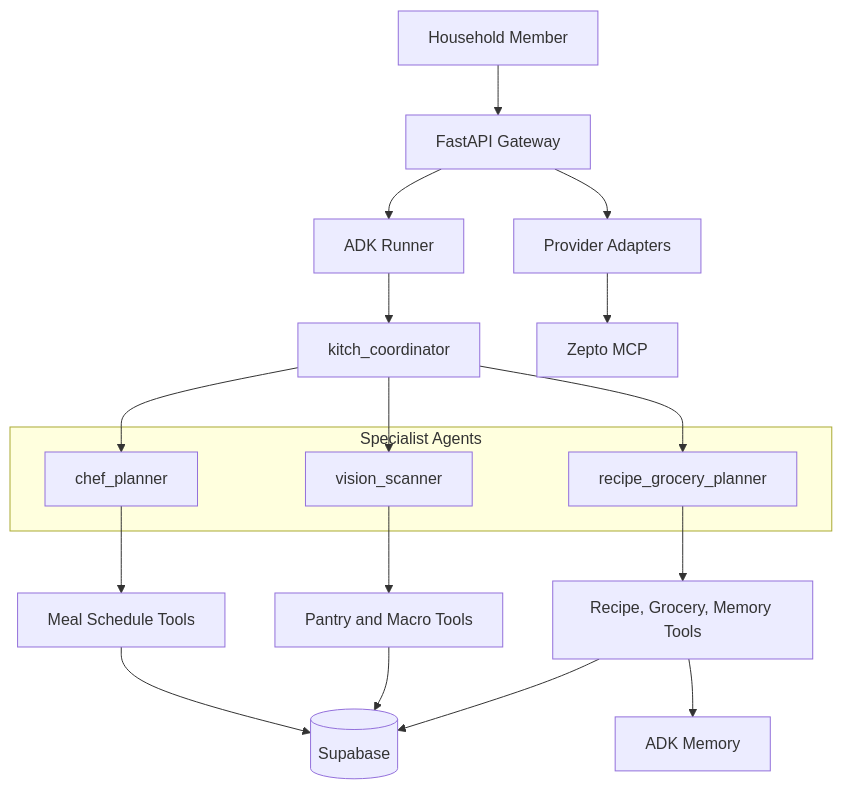
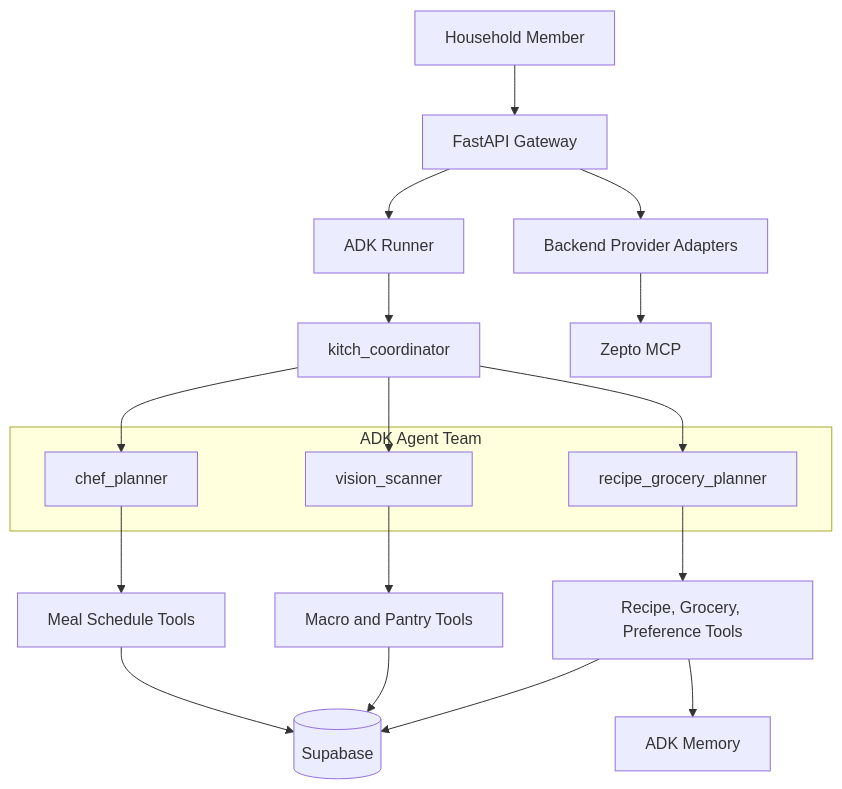
Before and after one commit to architworks/meal_and_grocery_agent: the diagram in docs/current_agent_topology.md, drawn with Mermaid. The commit also changed other lines of this file and 7 other files, not shown here.

````diff
--- a/docs/current_agent_topology.md
+++ b/docs/current_agent_topology.md
@@ -17,28 +18,28 @@
 ```mermaid
 flowchart TD
     User[Household Member] --> API[FastAPI Gateway]
     API --> Runner[ADK Runner]
     Runner --> Coordinator[kitch_coordinator]
 
-    subgraph Agents[Specialist Agents]
+    subgraph AgentTeam[ADK Agent Team]
         Chef[chef_planner]
         Vision[vision_scanner]
         RecipeGrocery[recipe_grocery_planner]
     end
 
     Coordinator --> Chef
     Coordinator --> Vision
     Coordinator --> RecipeGrocery
 
     Chef --> MealTools[Meal Schedule Tools]
-    Vision --> IntakeTools[Pantry and Macro Tools]
-    RecipeGrocery --> RecipeTools[Recipe, Grocery, Memory Tools]
+    Vision --> VisionTools[Macro and Pantry Tools]
+    RecipeGrocery --> RecipeTools[Recipe, Grocery, Preference Tools]
 
     MealTools --> Supabase[(Supabase)]
-    IntakeTools --> Supabase
+    VisionTools --> Supabase
     RecipeTools --> Supabase
     RecipeTools --> Memory[ADK Memory]
 
-    API --> ProviderAdapters[Provider Adapters]
+    API --> ProviderAdapters[Backend Provider Adapters]
     ProviderAdapters --> Zepto[Zepto MCP]
 ```
````
